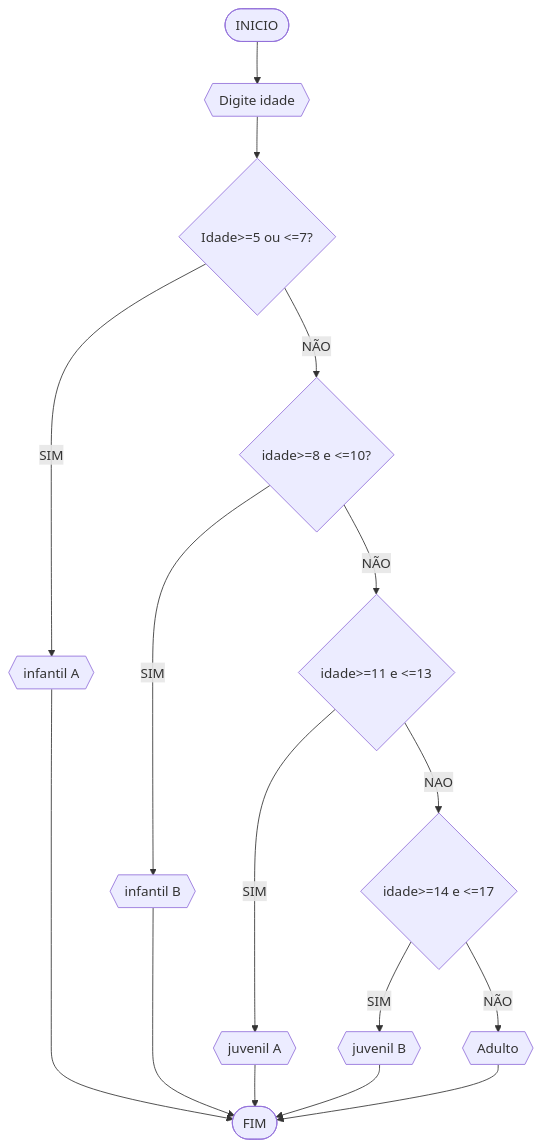
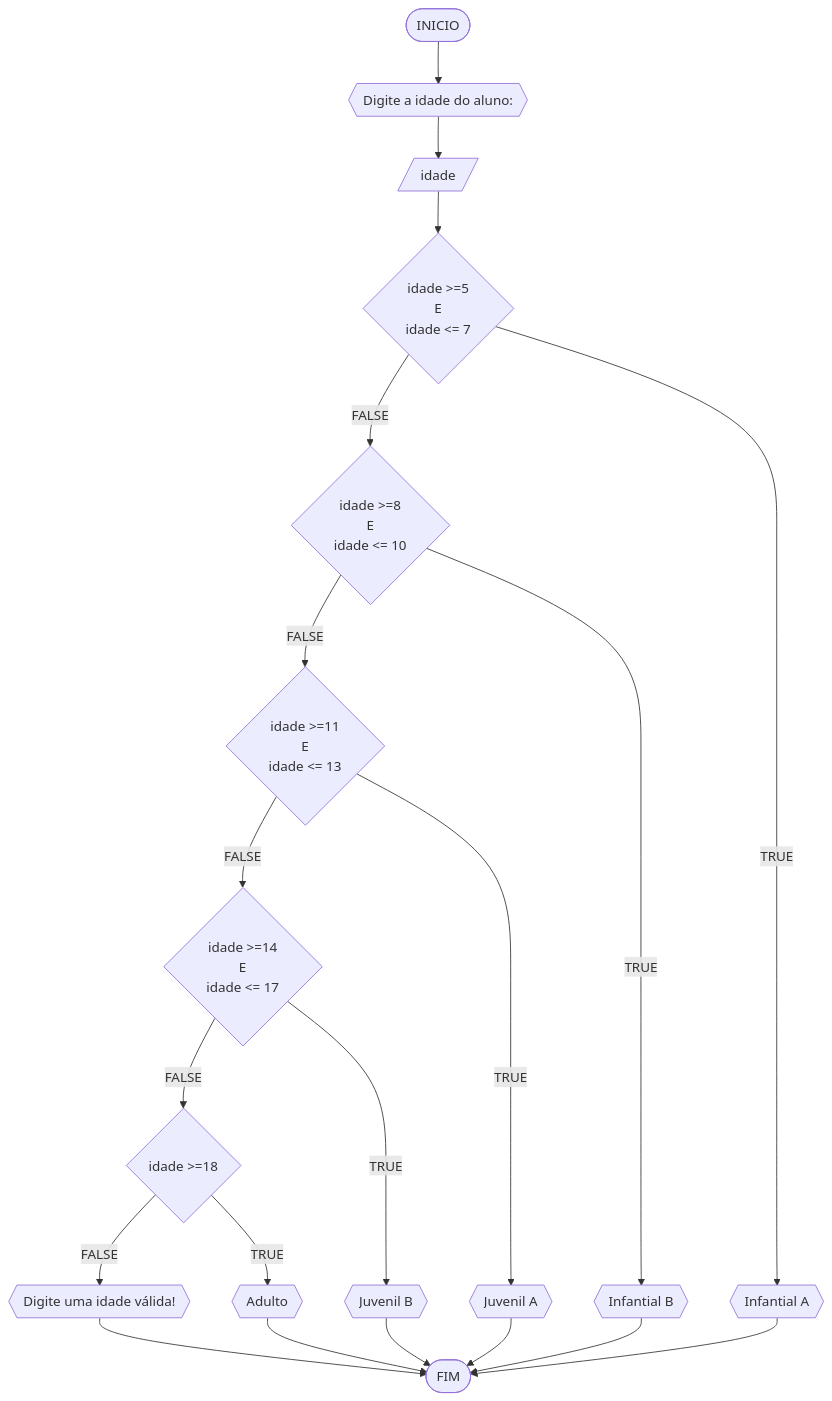
One commit to pedrotomezin/unifor changed the fifth of 5 diagrams in RLA/Unidade1/lista2.md. Above: the diagram before and after it, drawn with Mermaid. The commit also changed other lines of this file, not shown here.

````diff
--- a/RLA/Unidade1/lista2.md
+++ b/RLA/Unidade1/lista2.md
@@ -175,18 +219,22 @@
 ```mermaid
 flowchart TD
-A([INICIO]) --> B{{Digite idade}}
-B --> C{Idade>=5 ou <=7?}
-C --SIM--> D{{infantil A}}
-C --NÃO--> E{idade>=8 e <=10?}
-E --SIM--> F{{infantil B}}
-E --NÃO--> G{idade>=11 e <=13}
-G --SIM--> H{{juvenil A}}
-G --NAO--> I{idade>=14 e <=17}
-I --SIM--> J{{juvenil B}}
-I --NÃO--> K{{Adulto}}
-D ----> L([FIM])
-F ---> L
-H --> L
-J --> L
-K --> L
+A([INICIO]) --> B{{"Digite a idade do aluno:"}}
+B --> C[/idade/]
+C --> D{idade >=5 <br>E <br>idade <= 7}
+D --FALSE--> F{idade >=8 <br>E <br>idade <= 10}
+F --FALSE--> G{idade >=11 <br>E <br>idade <= 13}
+G --FALSE--> H{idade >=14 <br>E <br>idade <= 17}
+H --FALSE--> I{idade >=18}
+I --FALSE--> P{{"Digite uma idade válida!"}}
+P --> Z([FIM])
+D --TRUE--> Q{{Infantial A}}
+F --TRUE--> K{{"Infantial B"}}
+G --TRUE--> L{{Juvenil A}}
+H --TRUE--> M{{Juvenil B}}
+I --TRUE--> N{{Adulto}}
+Q --> Z
+K --> Z
+L --> Z
+M --> Z
+N --> Z
 ```
````
